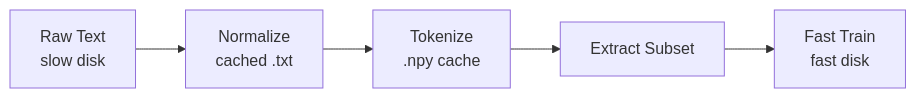
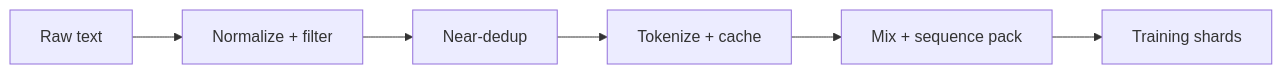
One commit to maxjbarfuss/max_llm changed the second of 2 diagrams in docs/DESIGN.md. Above: the diagram before and after it, drawn with Mermaid. The commit also changed other lines of this file and 25 other files, not shown here.

````diff
--- a/docs/DESIGN.md
+++ b/docs/DESIGN.md
@@ -238,7 +121,8 @@
 ```mermaid
 flowchart LR
-    A["Raw Text<br/>slow disk"] --> B["Normalize<br/>cached .txt"]
-    B --> C["Tokenize<br/>.npy cache"]
-    C --> D["Extract Subset"]
-    D --> E["Fast Train<br/>fast disk"]
+    A[Raw text] --> B[Normalize + filter]
+    B --> C[Near-dedup]
+    C --> D[Tokenize + cache]
+    D --> E[Mix + sequence pack]
+    E --> F[Training shards]
 ```
````
